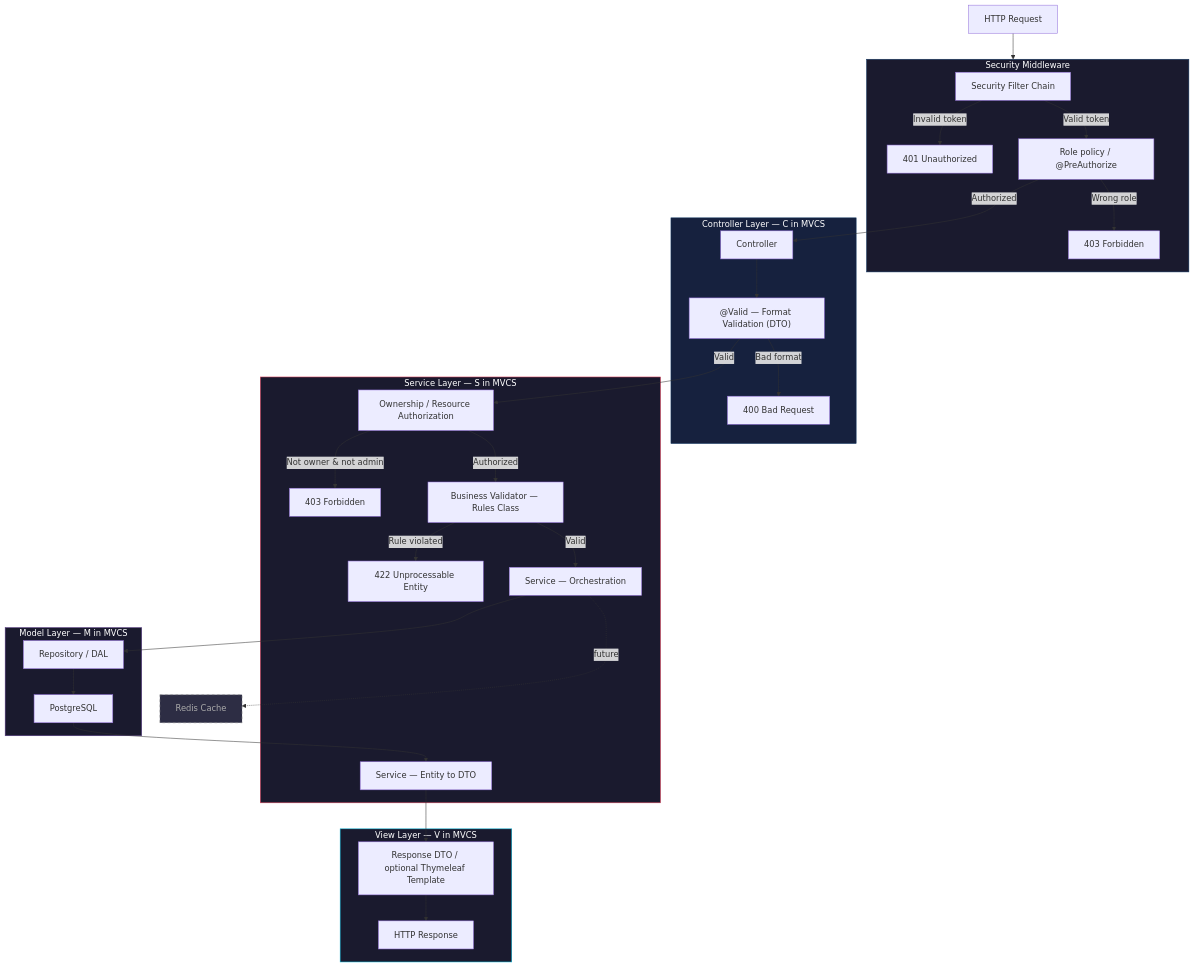
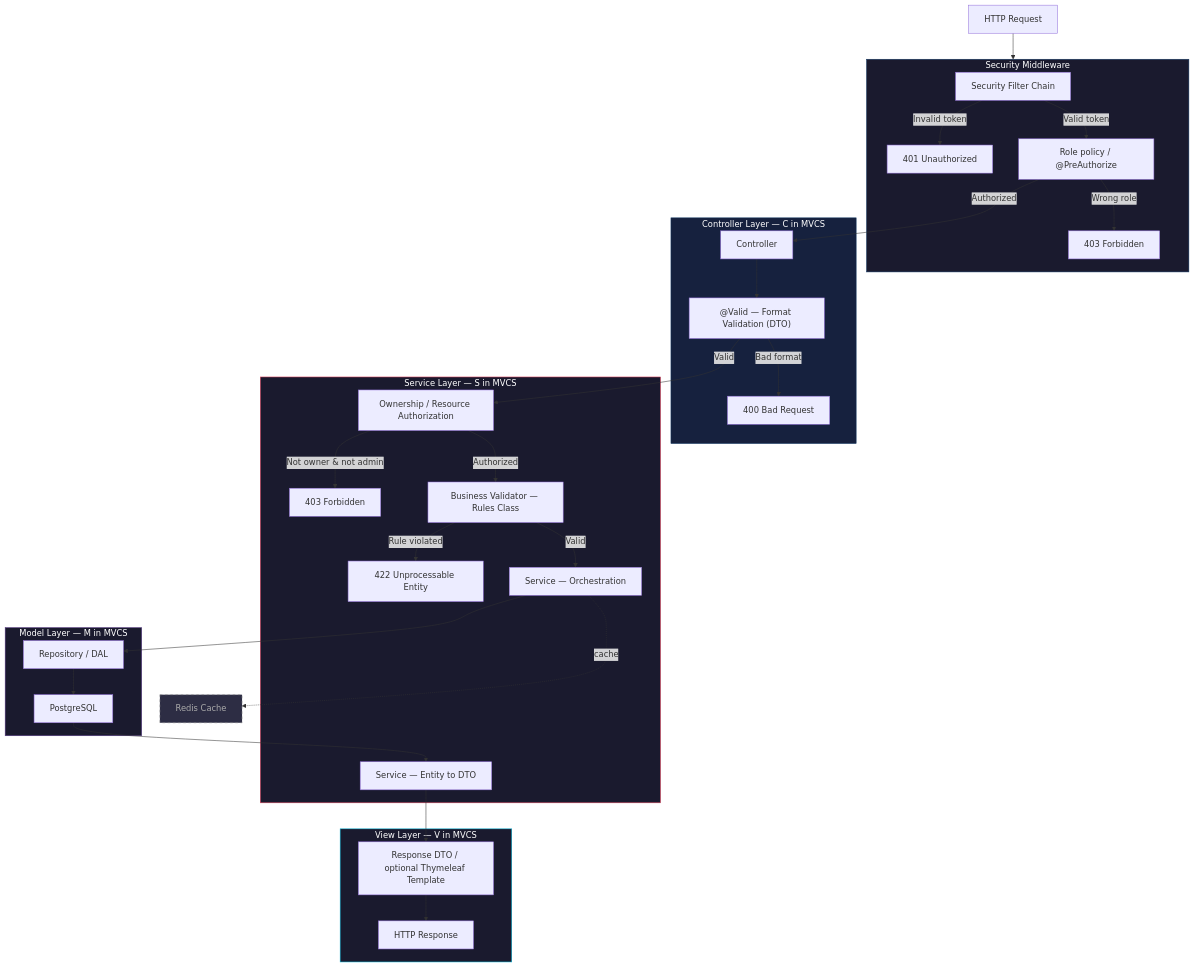
Before and after one commit to experiment001-on-secret-2500blobs129124/cpmss: the first of 3 diagrams in docs/ARCHITECTURE.md, drawn with Mermaid. The commit also changed other lines of this file and 10 other files, not shown here.

````diff
--- a/docs/ARCHITECTURE.md
+++ b/docs/ARCHITECTURE.md
@@ -40,54 +39,54 @@
 ```mermaid
 flowchart TD
     A["HTTP Request"] --> SEC
 
     subgraph SEC ["Security Middleware"]
         B["Security Filter Chain"]
         B -->|"Invalid token"| B1["401 Unauthorized"]
         B -->|"Valid token"| C["Role policy / @PreAuthorize"]
         C -->|"Wrong role"| C1["403 Forbidden"]
     end
 
     C -->|"Authorized"| D
 
     subgraph CTRL ["Controller Layer — C in MVCS"]
         D["Controller"]
         D --> E["@Valid — Format Validation (DTO)"]
         E -->|"Bad format"| E1["400 Bad Request"]
     end
 
     E -->|"Valid"| F
 
     subgraph SVC ["Service Layer — S in MVCS"]
         F["Ownership / Resource Authorization"]
         F -->|"Not owner & not admin"| F1["403 Forbidden"]
         F -->|"Authorized"| G["Business Validator — Rules Class"]
         G -->|"Rule violated"| G1["422 Unprocessable Entity"]
         G -->|"Valid"| H["Service — Orchestration"]
         H2["Service — Entity to DTO"]
     end
 
     subgraph MDL ["Model Layer — M in MVCS"]
         I["Repository / DAL"]
         I --> J["PostgreSQL"]
     end
 
     H --> I
     J --> H2
 
-    H -..->|"future"| R["Redis Cache"]
+    H -..->|"cache"| R["Redis Cache"]
 
     subgraph VW ["View Layer — V in MVCS"]
         K["Response DTO / optional Thymeleaf Template"]
         K --> L["HTTP Response"]
     end
 
     H2 --> K
 
     style SEC fill:#1a1a2e,stroke:#0f3460,color:#fff
     style CTRL fill:#16213e,stroke:#0f3460,color:#fff
     style SVC fill:#1a1a2e,stroke:#e94560,color:#fff
     style MDL fill:#1a1a2e,stroke:#533483,color:#fff
     style VW fill:#1a1a2e,stroke:#00b4d8,color:#fff
     style R fill:#2d2d44,stroke:#888,stroke-dasharray: 5 5,color:#aaa
 ```
````
